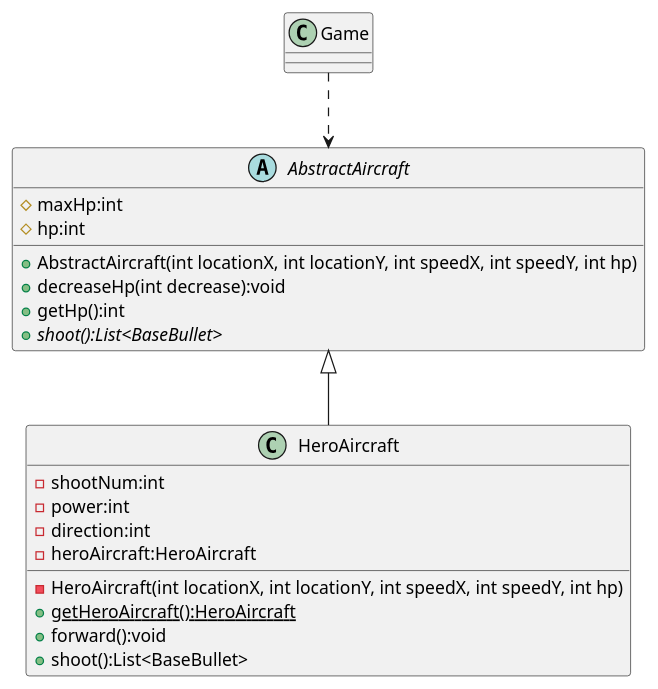
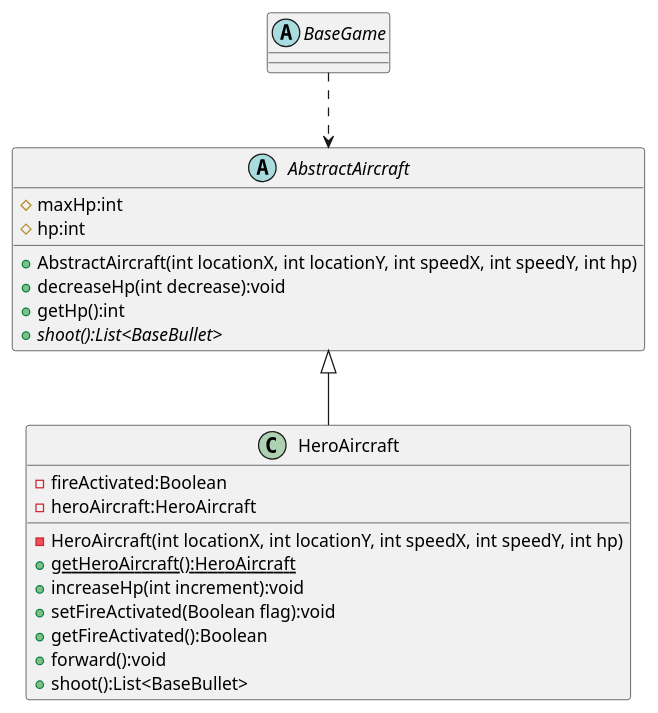
Before and after one commit to HenryZ5734/MyAircraftWar: the diagram in uml/singlehero.puml, drawn with PlantUML. The commit also changed 31 other files, not shown here.

Commit message:
修改和完善uml类图

```diff
--- a/uml/singlehero.puml
+++ b/uml/singlehero.puml
@@ -1,29 +1,30 @@
 @startuml
 
 AbstractAircraft <|-- HeroAircraft
-Game ..> AbstractAircraft
+BaseGame ..> AbstractAircraft
 
-class Game{}
+abstract class BaseGame{}
 
 abstract class AbstractAircraft
 {
 	# maxHp:int
     # hp:int
     + AbstractAircraft(int locationX, int locationY, int speedX, int speedY, int hp)
     + decreaseHp(int decrease):void
     + getHp():int
     + {abstract} shoot():List<BaseBullet>
 }
 
 class HeroAircraft {
-    - shootNum:int
-    - power:int
-    - direction:int
+    - fireActivated:Boolean
     - heroAircraft:HeroAircraft
     - HeroAircraft(int locationX, int locationY, int speedX, int speedY, int hp)
     + {static}getHeroAircraft():HeroAircraft
+    + increaseHp(int increment):void
+    + setFireActivated(Boolean flag):void
+    + getFireActivated():Boolean
     + forward():void
     + shoot():List<BaseBullet>
 }
 
 @enduml
```
